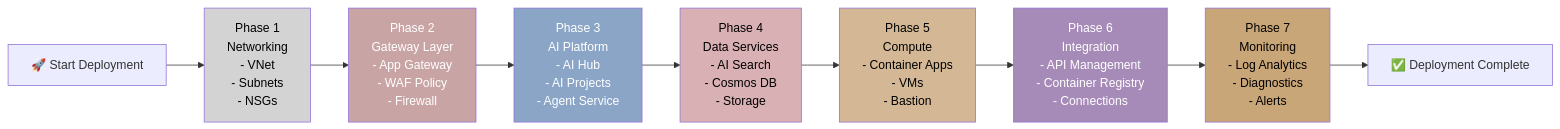
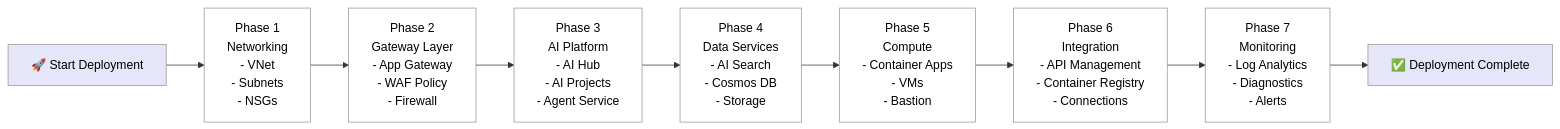
One commit to Azure/terraform-azurerm-avm-ptn-aiml-landing-zone changed the fifth of 7 diagrams in ARCHITECTURE_DIAGRAM.md. Above: the diagram before and after it, drawn with Mermaid. The commit also changed other lines of this file, not shown here.

````diff
--- a/ARCHITECTURE_DIAGRAM.md
+++ b/ARCHITECTURE_DIAGRAM.md
@@ -383,37 +489,40 @@
 ```mermaid
 graph LR
     Start["🚀 Start Deployment"]
 
     P1["Phase 1<br/>Networking<br/>- VNet<br/>- Subnets<br/>- NSGs"]
 
     P2["Phase 2<br/>Gateway Layer<br/>- App Gateway<br/>- WAF Policy<br/>- Firewall"]
 
     P3["Phase 3<br/>AI Platform<br/>- AI Hub<br/>- AI Projects<br/>- Agent Service"]
 
     P4["Phase 4<br/>Data Services<br/>- AI Search<br/>- Cosmos DB<br/>- Storage"]
 
     P5["Phase 5<br/>Compute<br/>- Container Apps<br/>- VMs<br/>- Bastion"]
 
     P6["Phase 6<br/>Integration<br/>- API Management<br/>- Container Registry<br/>- Connections"]
 
     P7["Phase 7<br/>Monitoring<br/>- Log Analytics<br/>- Diagnostics<br/>- Alerts"]
 
     End["✅ Deployment Complete"]
 
     Start --> P1
     P1 --> P2
     P2 --> P3
     P3 --> P4
     P4 --> P5
     P5 --> P6
     P6 --> P7
     P7 --> End
 
-    style P1 fill:#D3D3D3,color:#000
-    style P2 fill:#C9A4A4,color:#fff
-    style P3 fill:#8BA5C7,color:#fff
-    style P4 fill:#D9B0B3,color:#000
-    style P5 fill:#D4B896,color:#000
-    style P6 fill:#A68BB8,color:#fff
-    style P7 fill:#C9A678,color:#000
+    style P1 fill:none,stroke:#999,color:#000
+    style P2 fill:none,stroke:#999,color:#000
+    style P3 fill:none,stroke:#999,color:#000
+    style P4 fill:none,stroke:#999,color:#000
+    style P5 fill:none,stroke:#999,color:#000
+    style P6 fill:none,stroke:#999,color:#000
+    style P7 fill:none,stroke:#999,color:#000
+
+    style Start fill:#E6E6FA,stroke:#999,color:#000
+    style End fill:#E6E6FA,stroke:#999,color:#000
 ```
````
